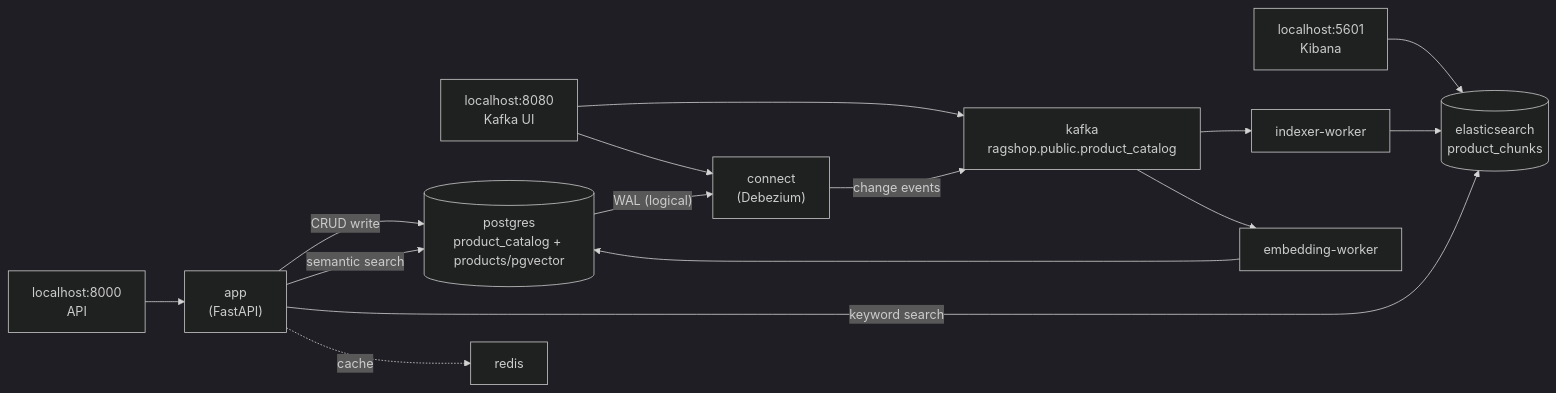
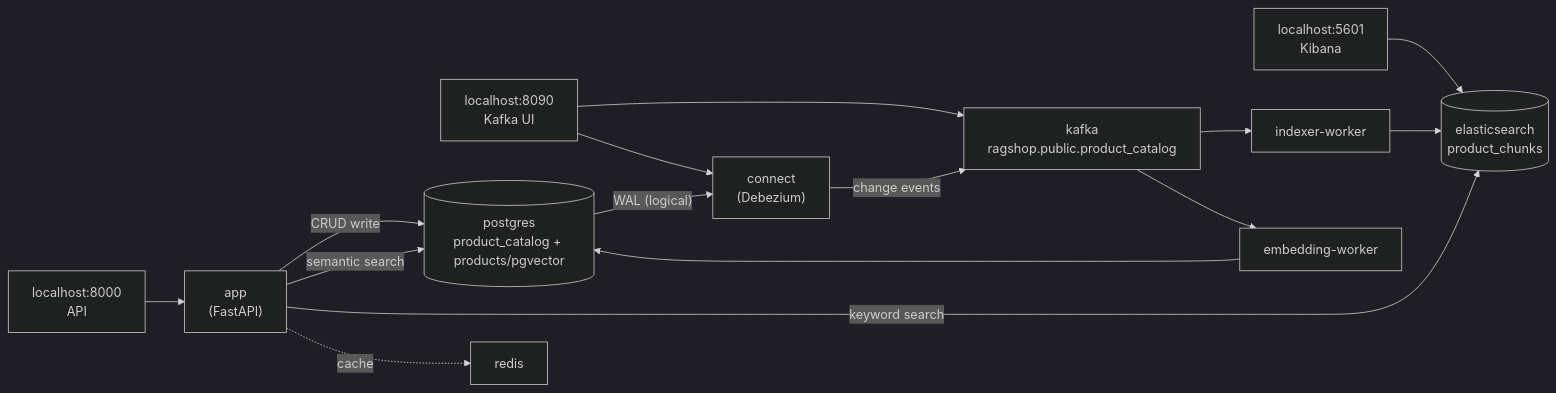
One commit to nxhawk/rag-product-recommend changed the diagram in docs/deployment/docker.md. Above: the diagram before and after it, drawn with Mermaid (dark theme). The commit also changed other lines of this file and 35 other files, not shown here.

First line of the commit message:
feat: add Dockerfile and integrate gRPC server for enhanced service architecture

````diff
--- a/docs/deployment/docker.md
+++ b/docs/deployment/docker.md
@@ -23,19 +33,19 @@
 ```mermaid
 flowchart LR
     U["localhost:8000\nAPI"] --> APP["app\n(FastAPI)"]
     KB["localhost:5601\nKibana"] --> ES
-    KUI["localhost:8080\nKafka UI"] --> KF
+    KUI["localhost:8090\nKafka UI"] --> KF
     KUI --> CN
 
     APP -->|"CRUD write"| PG[("postgres\nproduct_catalog + products/pgvector")]
     APP -->|"semantic search"| PG
     APP -->|"keyword search"| ES[("elasticsearch\nproduct_chunks")]
     APP -.->|"cache"| RD["redis"]
 
     PG -->|"WAL (logical)"| CN["connect\n(Debezium)"]
     CN -->|"change events"| KF["kafka\nragshop.public.product_catalog"]
     KF --> IW["indexer-worker"]
     KF --> EW["embedding-worker"]
     IW --> ES
     EW --> PG
 ```
````
